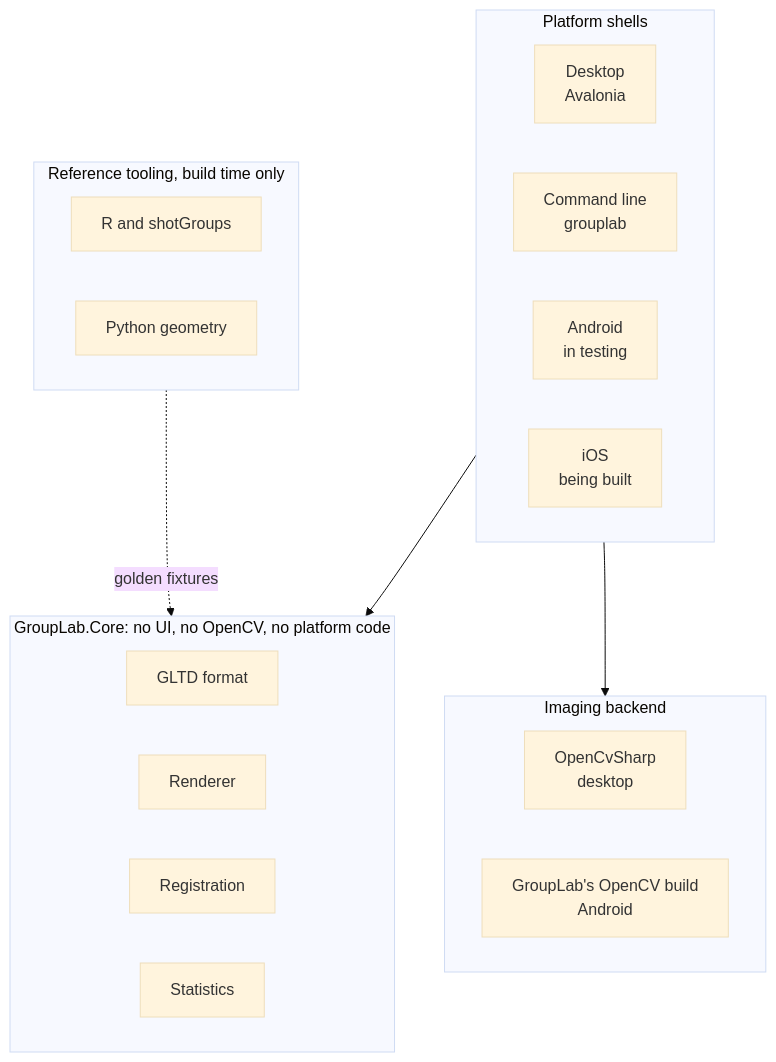
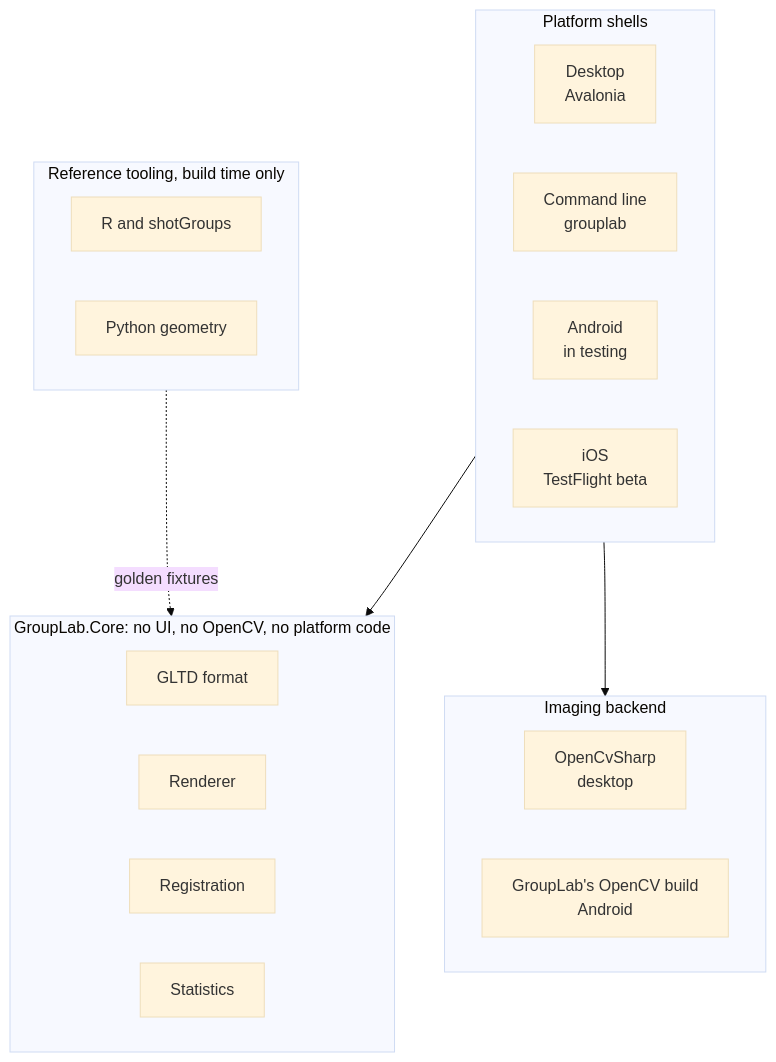
Before and after one commit to oRAirwolf/grouplab: the second of 2 diagrams in README.md, drawn with Mermaid (base theme). The commit also changed other lines of this file and 33 other files, not shown here.

````diff
--- a/README.md
+++ b/README.md
@@ -564,34 +566,34 @@
 ```mermaid
 flowchart TB
     subgraph shells["Platform shells"]
         direction LR
         APP["Desktop<br/>Avalonia"]
         CLI["Command line<br/>grouplab"]
         AND["Android<br/>in testing"]
-        IOS["iOS<br/>being built"]
+        IOS["iOS<br/>TestFlight beta"]
     end
 
     subgraph img["Imaging backend"]
         direction LR
         CV["OpenCvSharp<br/>desktop"]
         AT["GroupLab's OpenCV build<br/>Android"]
     end
 
     subgraph core["GroupLab.Core: no UI, no OpenCV, no platform code"]
         direction LR
         FMT["GLTD format"]
         REN["Renderer"]
         REG["Registration"]
         STAT["Statistics"]
     end
 
     subgraph ref["Reference tooling, build time only"]
         direction LR
         RR["R and shotGroups"]
         PY["Python geometry"]
     end
 
     shells --> core
     shells --> img
     ref -.->|"golden fixtures"| core
 ```
````
